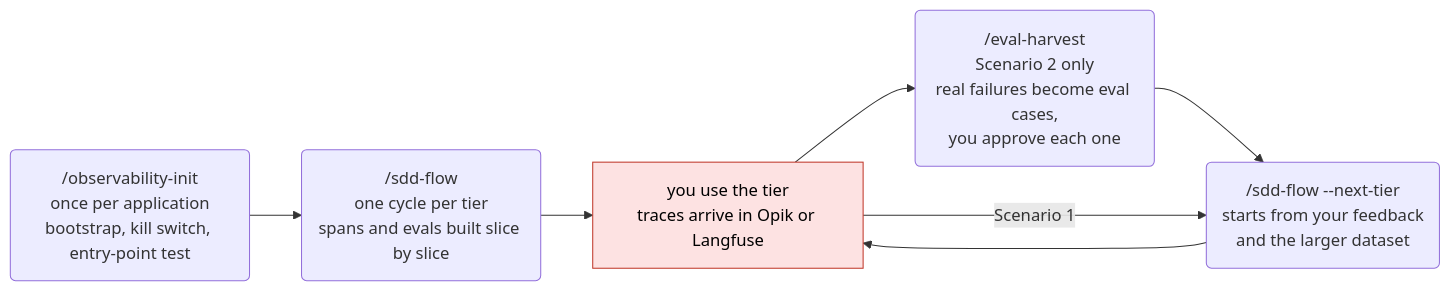
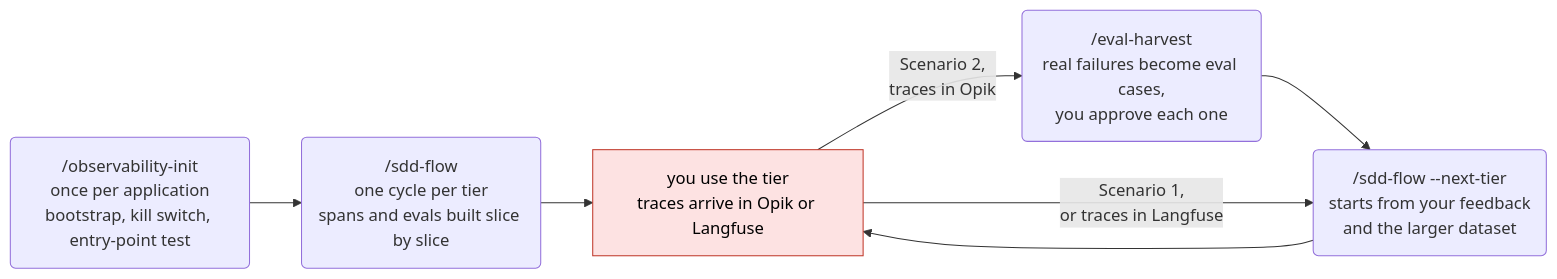
One commit to pablooliva/claude-plugins changed the second of 5 diagrams in agent-engineering/docs/observability-diagram.md. Above: the diagram before and after it, drawn with Mermaid. The commit also changed other lines of this file and 2 other files, not shown here.

````diff
--- a/agent-engineering/docs/observability-diagram.md
+++ b/agent-engineering/docs/observability-diagram.md
@@ -40,11 +40,11 @@
 ```mermaid
 flowchart LR
     init("/observability-init<br/>once per application<br/>bootstrap, kill switch, entry-point test") --> cycle("/sdd-flow<br/>one cycle per tier<br/>spans and evals built slice by slice")
     cycle --> use["you use the tier<br/>traces arrive in Opik or Langfuse"]:::stop
-    use --> harvest("/eval-harvest<br/>Scenario 2 only<br/>real failures become eval cases,<br/>you approve each one")
+    use -- "Scenario 2,<br/>traces in Opik" --> harvest("/eval-harvest<br/>real failures become eval cases,<br/>you approve each one")
     harvest --> next("/sdd-flow --next-tier<br/>starts from your feedback<br/>and the larger dataset")
-    use -- "Scenario 1" --> next
+    use -- "Scenario 1,<br/>or traces in Langfuse" --> next
     next --> use
 
     classDef stop fill:#fde2e2,stroke:#c0392b,color:#000
 ```
````
